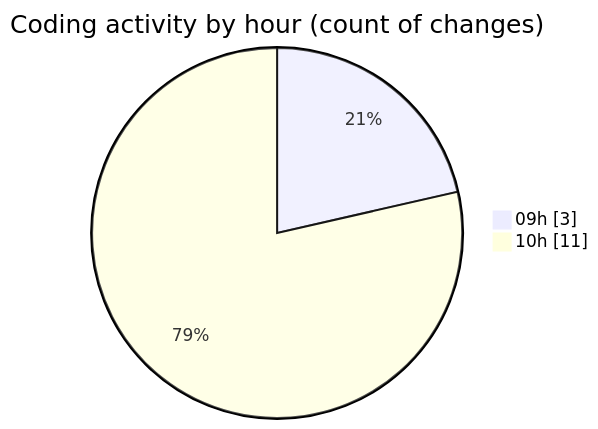
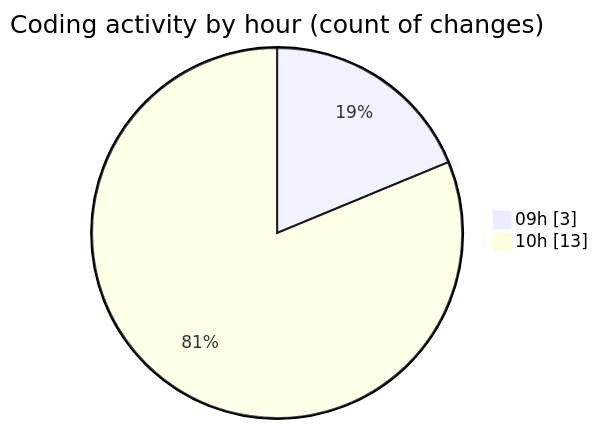
The second of 2 diagrams in 2025-05-02/ecodeli/README.md (CELIANVF/code-tracking), drawn with Mermaid before and after one commit. The commit also changed other lines of this file and 1 other file, not shown here.

````diff
--- a/2025-05-02/ecodeli/README.md
+++ b/2025-05-02/ecodeli/README.md
@@ -39,6 +40,6 @@
 ```mermaid
 pie showData
 title Coding activity by hour (count of changes)
 "09h" : 3
-"10h" : 11
+"10h" : 13
 ```
````
